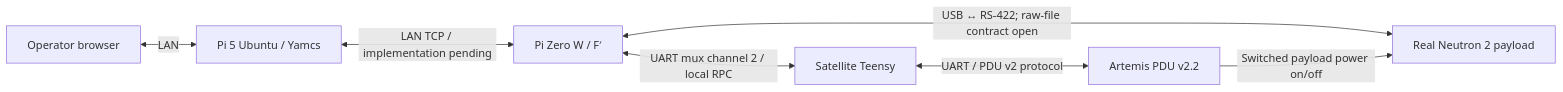
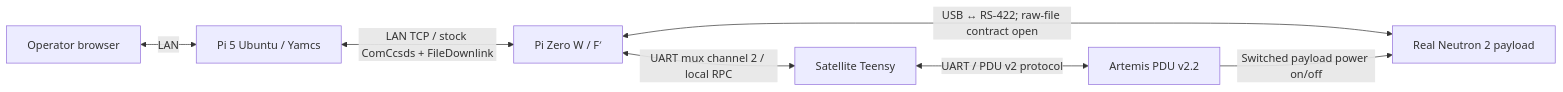
The first of 3 diagrams in docs/architecture/SYSTEM_ARCHITECTURE.md (RaccoonTrashEater/fprime-artemis-cubesat), drawn with Mermaid before and after one commit. The commit also changed other lines of this file and 32 other files, not shown here.

````diff
--- a/docs/architecture/SYSTEM_ARCHITECTURE.md
+++ b/docs/architecture/SYSTEM_ARCHITECTURE.md
@@ -31,9 +31,9 @@
 ```mermaid
 flowchart LR
     Operator["Operator browser"] <-->|"LAN"| Ground["Pi 5 Ubuntu / Yamcs"]
-    Ground <-->|"LAN TCP / implementation pending"| OBC["Pi Zero W / F′"]
+    Ground <-->|"LAN TCP / stock ComCcsds + FileDownlink"| OBC["Pi Zero W / F′"]
     OBC <-->|"UART mux channel 2 / local RPC"| Teensy["Satellite Teensy"]
     Teensy <-->|"UART / PDU v2 protocol"| PDU["Artemis PDU v2.2"]
     OBC <-->|"USB ↔ RS-422; raw-file contract open"| PLD["Real Neutron 2 payload"]
     PDU -->|"Switched payload power on/off"| PLD
 ```
````
